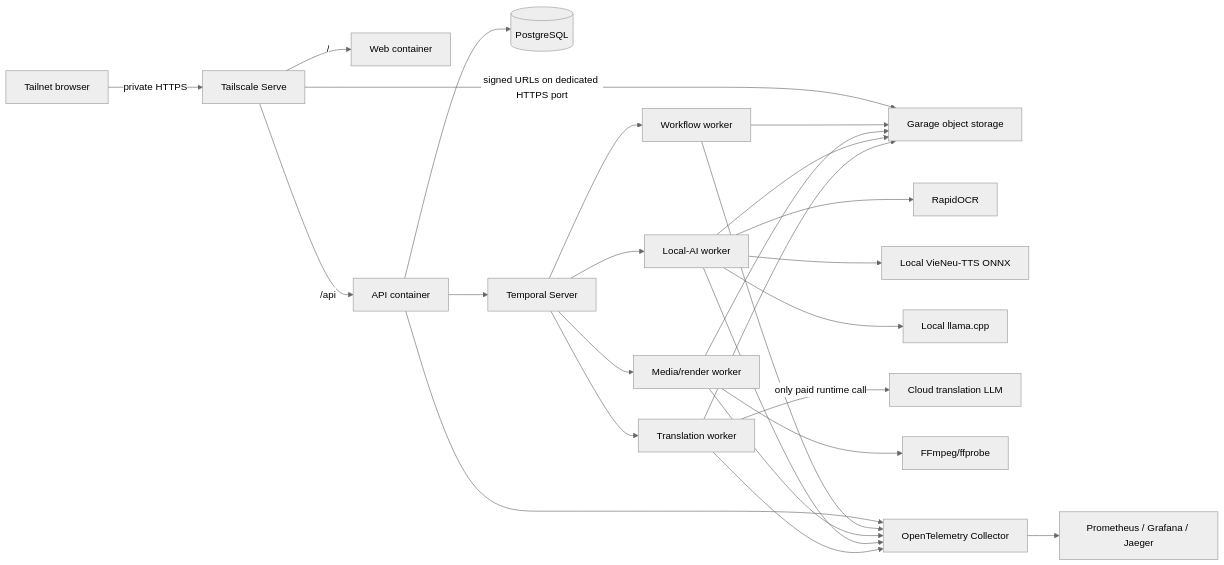
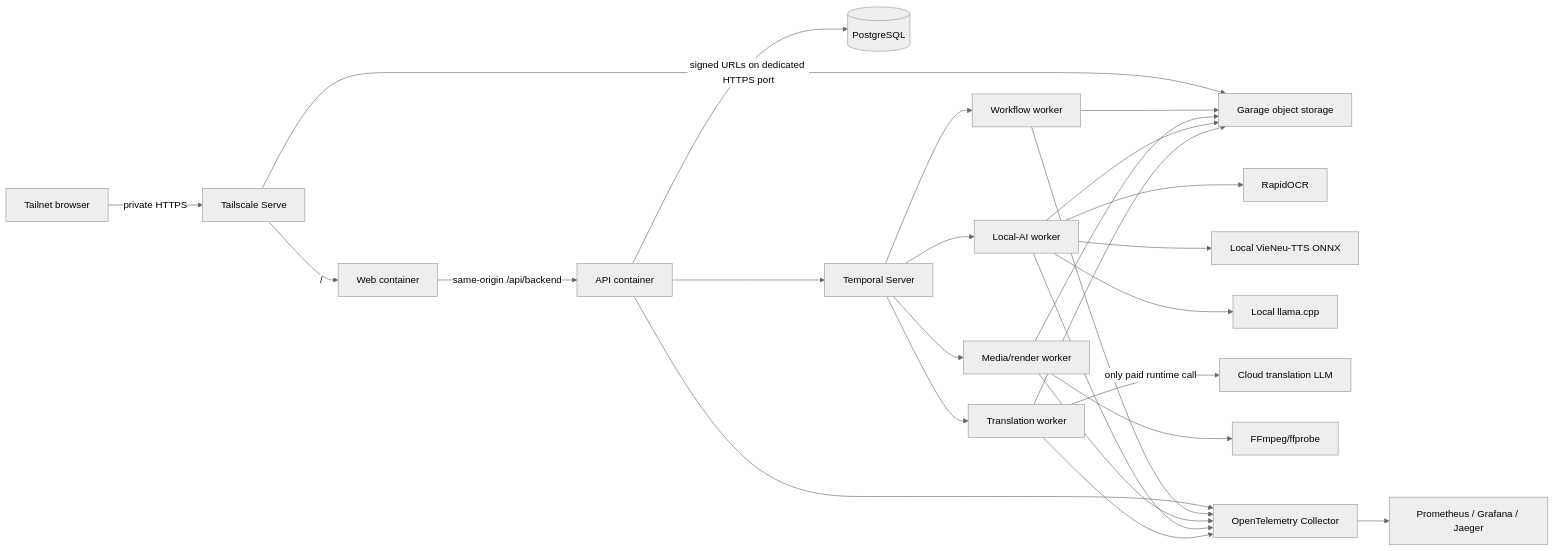
Before and after one commit to longnt27/auto-video-sub: the diagram in docs/deployment-strategy.md, drawn with Mermaid (neutral theme). The commit also changed other lines of this file and 73 other files, not shown here.

Commit message:
feat: complete phase 2 project upload flow

````diff
--- a/docs/deployment-strategy.md
+++ b/docs/deployment-strategy.md
@@ -17,28 +17,28 @@
 ```mermaid
 flowchart LR
   Client[Tailnet browser] -->|private HTTPS| Serve[Tailscale Serve]
   Serve -->|/| Web[Web container]
-  Serve -->|/api| API[API container]
+  Web -->|same-origin /api/backend| API[API container]
   Serve -->|signed URLs on dedicated HTTPS port| Garage[Garage object storage]
   API --> PG[(PostgreSQL)]
   API --> Temporal[Temporal Server]
   Temporal --> WF[Workflow worker]
   Temporal --> Media[Media/render worker]
   Temporal --> LocalAI[Local-AI worker]
   Temporal --> Translation[Translation worker]
   LocalAI --> OCR[RapidOCR]
   LocalAI --> VieNeu[Local VieNeu-TTS ONNX]
   LocalAI --> Llama[Local llama.cpp]
   Translation -->|only paid runtime call| LLM[Cloud translation LLM]
   Media --> FFmpeg[FFmpeg/ffprobe]
   WF --> Garage
   Media --> Garage
   LocalAI --> Garage
   Translation --> Garage
   API --> OTel[OpenTelemetry Collector]
   WF --> OTel
   Media --> OTel
   LocalAI --> OTel
   Translation --> OTel
   OTel --> Prom[Prometheus / Grafana / Jaeger]
 ```
````
